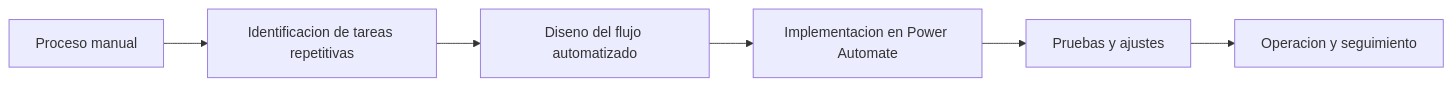
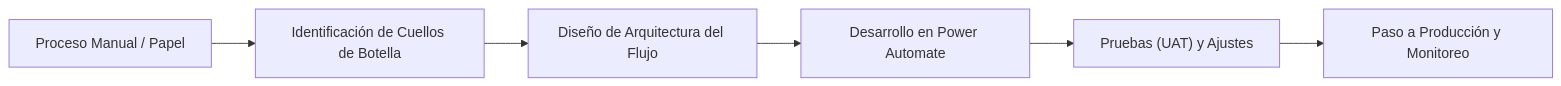
One commit to claudux/power-automate-internal-processes changed the diagram in README.md. Above: the diagram before and after it, drawn with Mermaid. The commit also changed other lines of this file, not shown here.

````diff
--- a/README.md
+++ b/README.md
@@ -34,8 +34,8 @@
 ```mermaid
 flowchart LR
-    A[Proceso manual] --> B[Identificacion de tareas repetitivas]
-    B --> C[Diseno del flujo automatizado]
-    C --> D[Implementacion en Power Automate]
-    D --> E[Pruebas y ajustes]
-    E --> F[Operacion y seguimiento]
+    A["Proceso Manual / Papel"] --> B["Identificación de Cuellos de Botella"]
+    B --> C["Diseño de Arquitectura del Flujo"]
+    C --> D["Desarrollo en Power Automate"]
+    D --> E["Pruebas (UAT) y Ajustes"]
+    E --> F["Paso a Producción y Monitoreo"]
 ```
````
